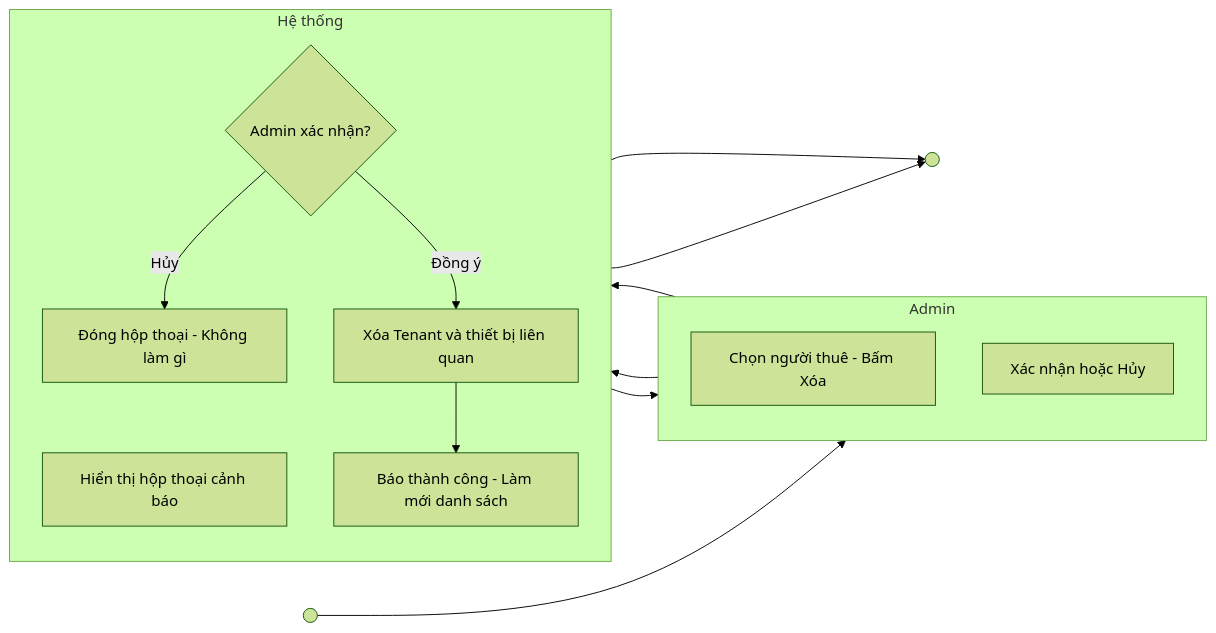
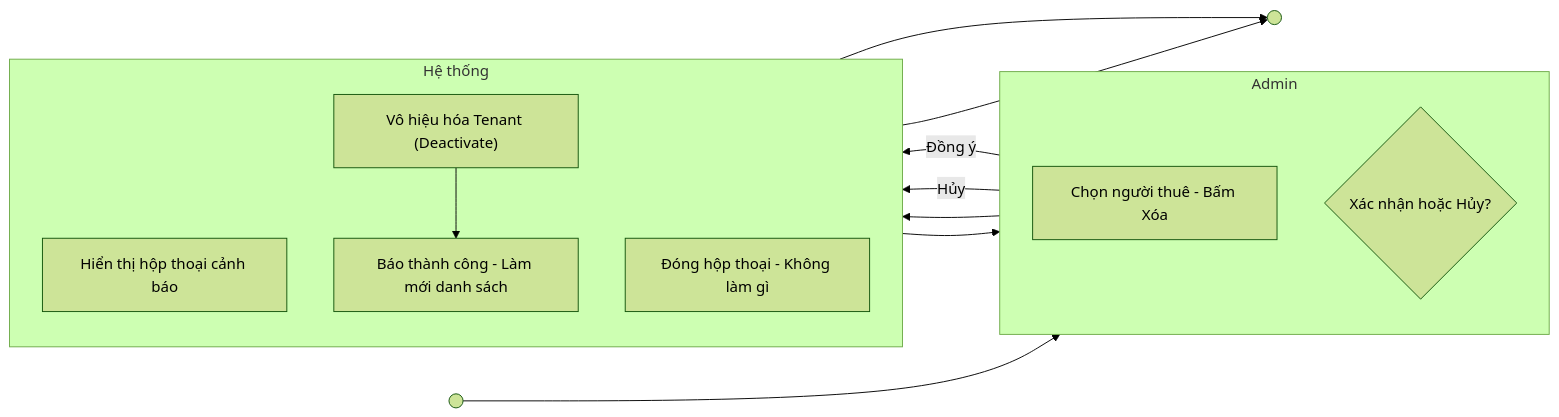
The fifth of 18 diagrams in documents/activity-diagrams.md (ngogiaquyen/acw-srs), drawn with Mermaid (forest theme) before and after one commit. The commit also changed other lines of this file and 23 other files, not shown here.

````diff
--- a/documents/activity-diagrams.md
+++ b/documents/activity-diagrams.md
@@ -112,19 +117,18 @@
 ```mermaid
 flowchart LR
   subgraph ND["Admin"]
     direction TB
-    a1[Chọn người thuê - Bấm Xóa]
-    a2[Xác nhận hoặc Hủy]
+    a1["Chọn người thuê - Bấm Xóa"]
+    a2{"Xác nhận hoặc Hủy?"}
   end
   subgraph HT["Hệ thống"]
     direction TB
-    b1[Hiển thị hộp thoại cảnh báo]
-    b2{Admin xác nhận?}
-    b3[Đóng hộp thoại - Không làm gì]
-    b4[Xóa Tenant và thiết bị liên quan]
-    b5[Báo thành công - Làm mới danh sách]
+    b1["Hiển thị hộp thoại cảnh báo"]
+    b2["Đóng hộp thoại - Không làm gì"]
+    b3["Vô hiệu hóa Tenant (Deactivate)"]
+    b4["Báo thành công - Làm mới danh sách"]
   end
-  S(( )) --> a1 --> b1 --> a2 --> b2
-  b2 -->|Hủy| b3 --> E(( ))
-  b2 -->|Đồng ý| b4 --> b5 --> E
+  S(( )) --> a1 --> b1 --> a2
+  a2 -->|Hủy| b2 --> E(( ))
+  a2 -->|Đồng ý| b3 --> b4 --> E
 ```
````
